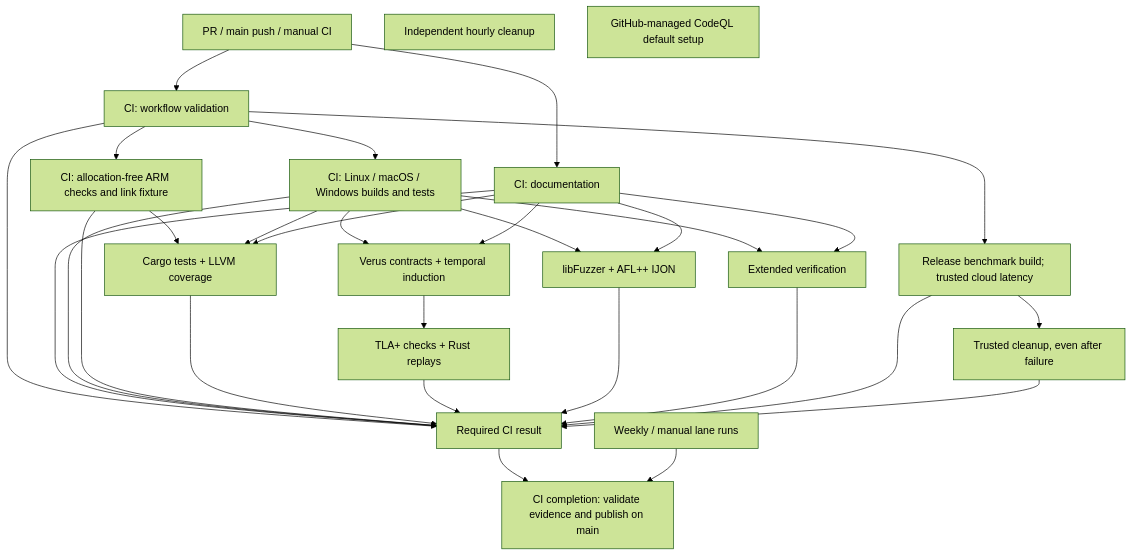
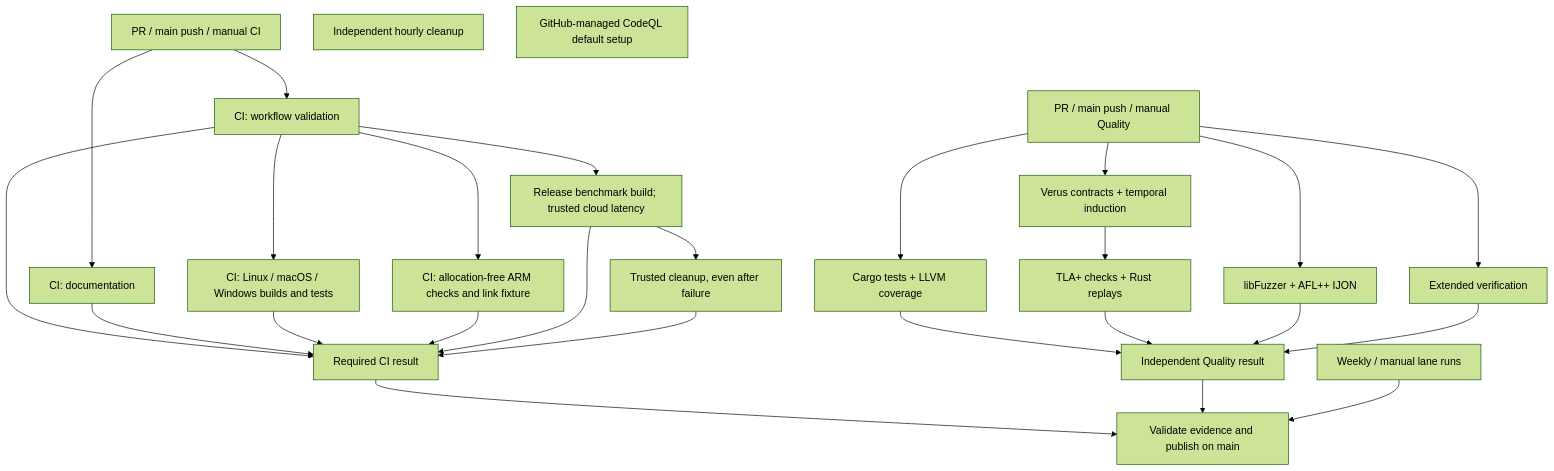
The diagram in docs/wiki/Quality-and-Benchmarks.md (DericHuynh/capntproto), drawn with Mermaid (forest theme) before and after one commit. The commit also changed other lines of this file and 16 other files, not shown here.

Commit message:
Separate quality verification and publish exhaustive benchmark tables

````diff
--- a/docs/wiki/Quality-and-Benchmarks.md
+++ b/docs/wiki/Quality-and-Benchmarks.md
@@ -505,21 +513,21 @@
 ```mermaid
 flowchart TD
   event[PR / main push / manual CI] --> checks[CI: workflow validation]
   event --> docs[CI: documentation]
   checks --> platforms[CI: Linux / macOS / Windows builds and tests]
   checks --> portable[CI: allocation-free ARM checks and link fixture]
-  portable --> cargo
-  platforms --> cargo[Cargo tests + LLVM coverage]
-  platforms --> verus[Verus contracts + temporal induction]
-  verus --> models[TLA+ checks + Rust replays]
-  platforms --> fuzz[libFuzzer + AFL++ IJON]
-  platforms --> extended[Extended verification]
-  docs --> cargo & verus & fuzz & extended
   checks --> benchmark[Release benchmark build; trusted cloud latency]
   benchmark --> cleanup[Trusted cleanup, even after failure]
-  checks & docs & platforms & portable & cargo & models & fuzz & extended & benchmark & cleanup --> result[Required CI result]
-  result --> publish[CI completion: validate evidence and publish on main]
+  checks & docs & platforms & portable & benchmark & cleanup --> result[Required CI result]
+  quality[PR / main push / manual Quality] --> cargo[Cargo tests + LLVM coverage]
+  quality --> verus[Verus contracts + temporal induction]
+  verus --> models[TLA+ checks + Rust replays]
+  quality --> fuzz[libFuzzer + AFL++ IJON]
+  quality --> extended[Extended verification]
+  cargo & models & fuzz & extended --> qualityresult[Independent Quality result]
+  result --> publish[Validate evidence and publish on main]
+  qualityresult --> publish
   standalone[Weekly / manual lane runs] --> publish
   janitor[Independent hourly cleanup]
   codeql[GitHub-managed CodeQL default setup]
 ```
````
